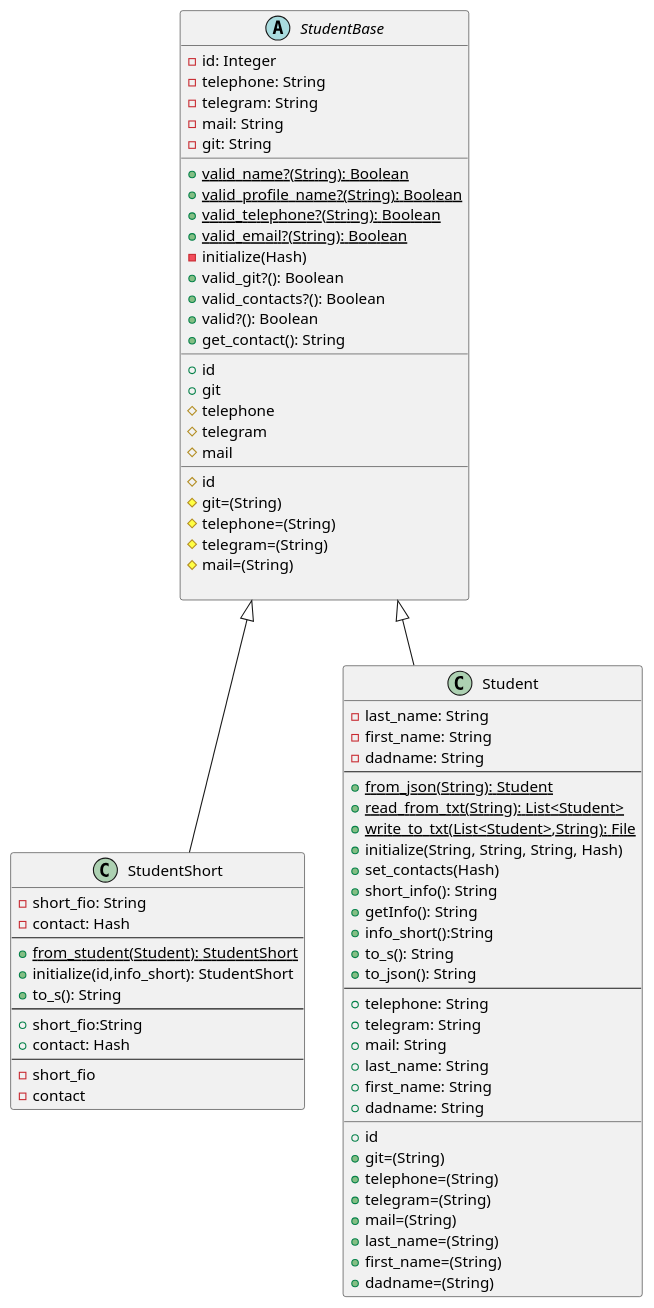
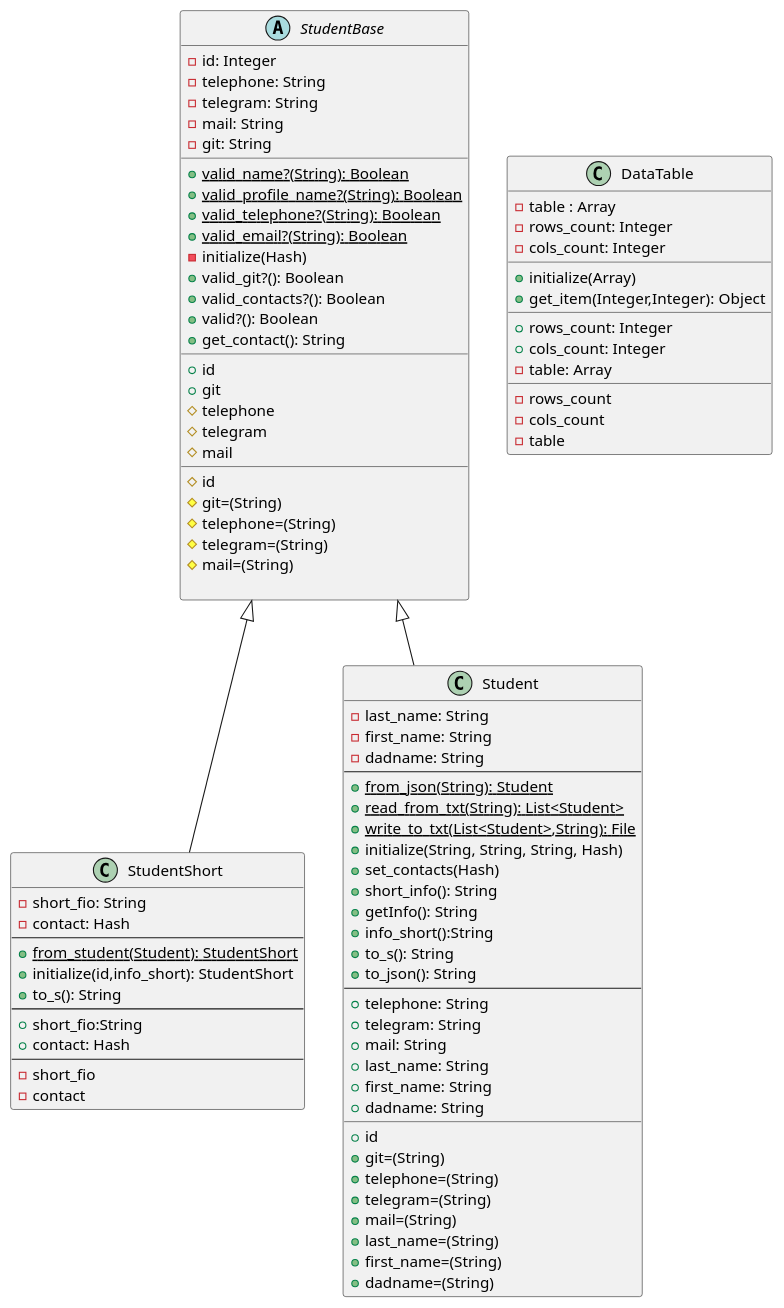
One commit to KREEAL/RubyLabs changed the diagram in LR2/diagram/StudentClassDiagram.puml. Above: the diagram before and after it, drawn with PlantUML. The commit also changed 3 other files, not shown here.

Commit message:
Подсчет количества строк и столбцов. Метод получения элемента по строке и столбцу. Отражено на диаграмме классов

```diff
--- a/LR2/diagram/StudentClassDiagram.puml
+++ b/LR2/diagram/StudentClassDiagram.puml
@@ -1,80 +1,97 @@
 @startuml
 'https://plantuml.com/class-diagram
 abstract class StudentBase {
     -id: Integer
     -telephone: String
     -telegram: String
     -mail: String
     -git: String
     __
     +{static}valid_name?(String): Boolean
     +{static}valid_profile_name?(String): Boolean
     +{static}valid_telephone?(String): Boolean
     +{static}valid_email?(String): Boolean
     -initialize(Hash)
     +valid_git?(): Boolean
     +valid_contacts?(): Boolean
     +valid?(): Boolean
     +get_contact(): String
     __
     +id
     +git
     #telephone
     #telegram
     #mail
     __
     #id
     #git=(String)
     #telephone=(String)
     #telegram=(String)
     #mail=(String)
 
 }
 class StudentShort extends StudentBase {
     -short_fio: String
     -contact: Hash
     --
     +{static}from_student(Student): StudentShort
     +initialize(id,info_short): StudentShort
     +to_s(): String
     --
     +short_fio:String
     +contact: Hash
     --
     -short_fio
     -contact
 }
 class Student extends StudentBase{
     -last_name: String
     -first_name: String
     -dadname: String
     --
     +{static}from_json(String): Student
     +{static}read_from_txt(String): List<Student>
     +{static}write_to_txt(List<Student>,String): File
     +initialize(String, String, String, Hash)
     +set_contacts(Hash)
     +short_info(): String
     +getInfo(): String
     +info_short():String
     +to_s(): String
     +to_json(): String
     --
     +telephone: String
     +telegram: String
     +mail: String
     +last_name: String
     +first_name: String
     +dadname: String
     __
     +id
     +git=(String)
     +telephone=(String)
     +telegram=(String)
     +mail=(String)
     +last_name=(String)
     +first_name=(String)
     +dadname=(String)
 }
 
+class DataTable{
+    -table : Array
+    -rows_count: Integer
+    -cols_count: Integer
+    __
+    +initialize(Array)
+    +get_item(Integer,Integer): Object
+    __
+    +rows_count: Integer
+    +cols_count: Integer
+    -table: Array
+    __
+    -rows_count
+    -cols_count
+    -table
+}
+
 @enduml
```
